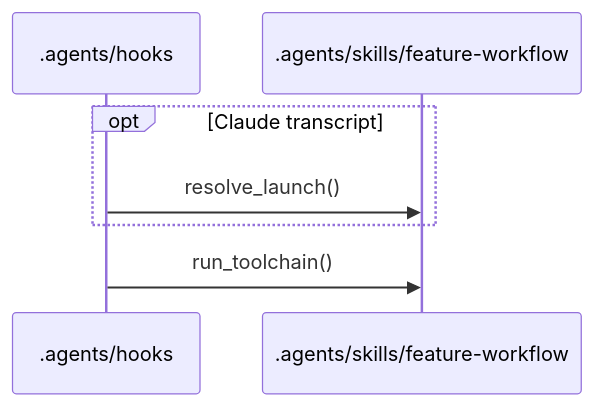
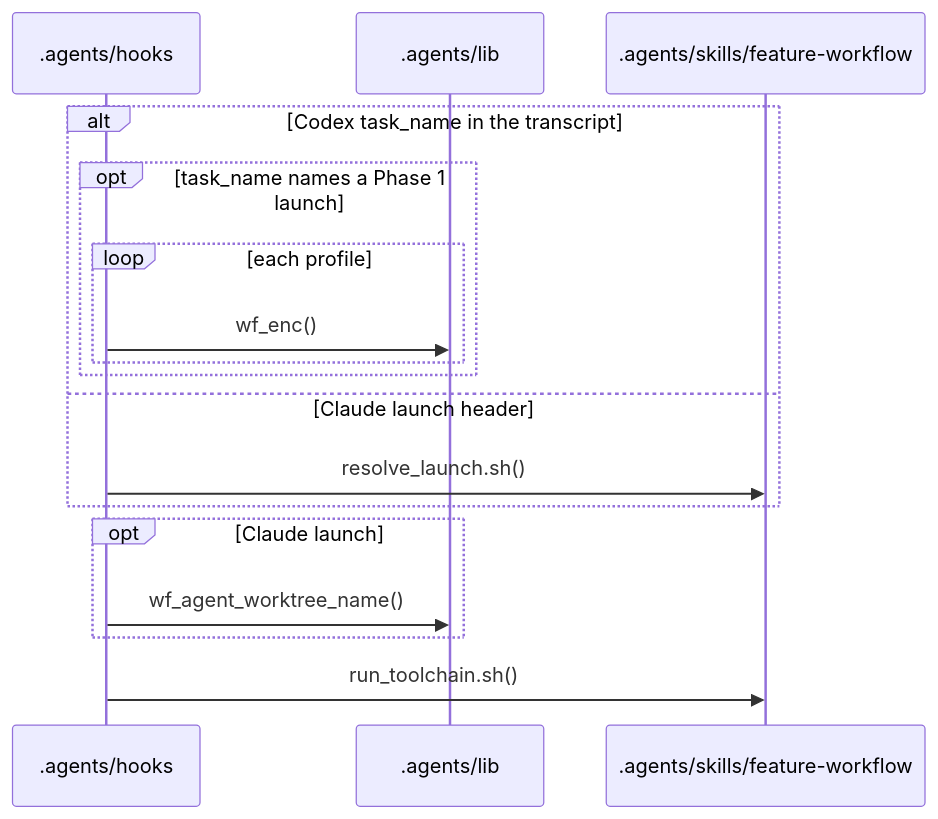
The second of 15 diagrams in .workflow/cache/flows.md (TajVirani/llm-scaffold-claude), drawn with Mermaid before and after one commit. The commit also changed other lines of this file and 2 other files, not shown here.

Commit message:
Workflow data for 007-done-folder: caches republished at 9e971ad

````diff
--- a/.workflow/cache/flows.md
+++ b/.workflow/cache/flows.md
@@ -72,9 +47,19 @@
 ```mermaid
 sequenceDiagram
   participant _agents_hooks as .agents/hooks
+  participant _agents_lib as .agents/lib
   participant _agents_skills_feature_workflow as .agents/skills/feature-workflow
-  opt Claude transcript
-    _agents_hooks->>_agents_skills_feature_workflow: resolve_launch()
+  alt Codex task_name in the transcript
+    opt task_name names a Phase 1 launch
+      loop each profile
+        _agents_hooks->>_agents_lib: wf_enc()
+      end
+    end
+  else Claude launch header
+    _agents_hooks->>_agents_skills_feature_workflow: resolve_launch.sh()
   end
-  _agents_hooks->>_agents_skills_feature_workflow: run_toolchain()
+  opt Claude launch
+    _agents_hooks->>_agents_lib: wf_agent_worktree_name()
+  end
+  _agents_hooks->>_agents_skills_feature_workflow: run_toolchain.sh()
 ```
````
